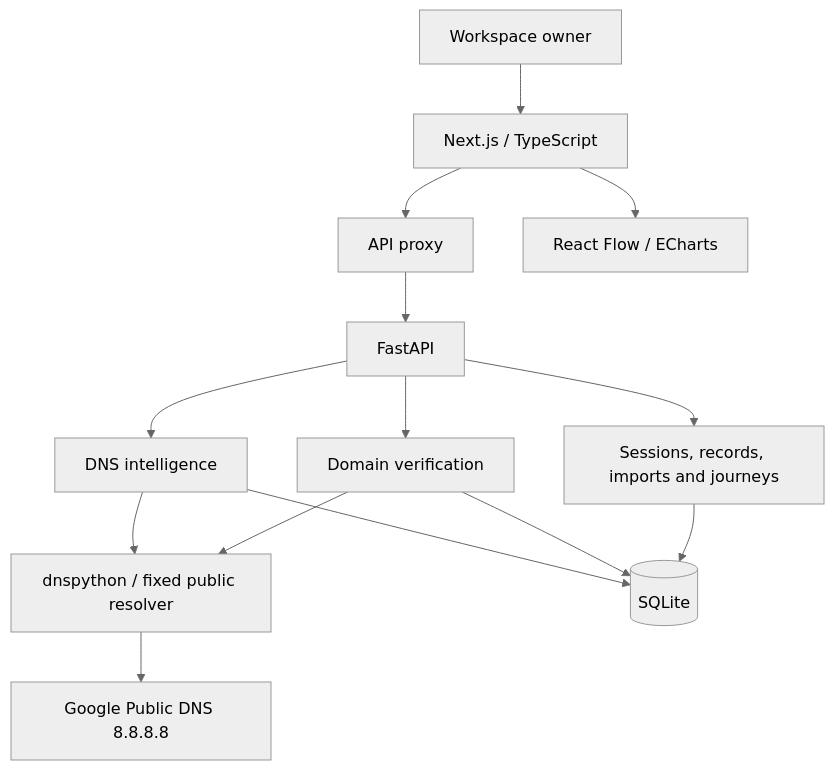
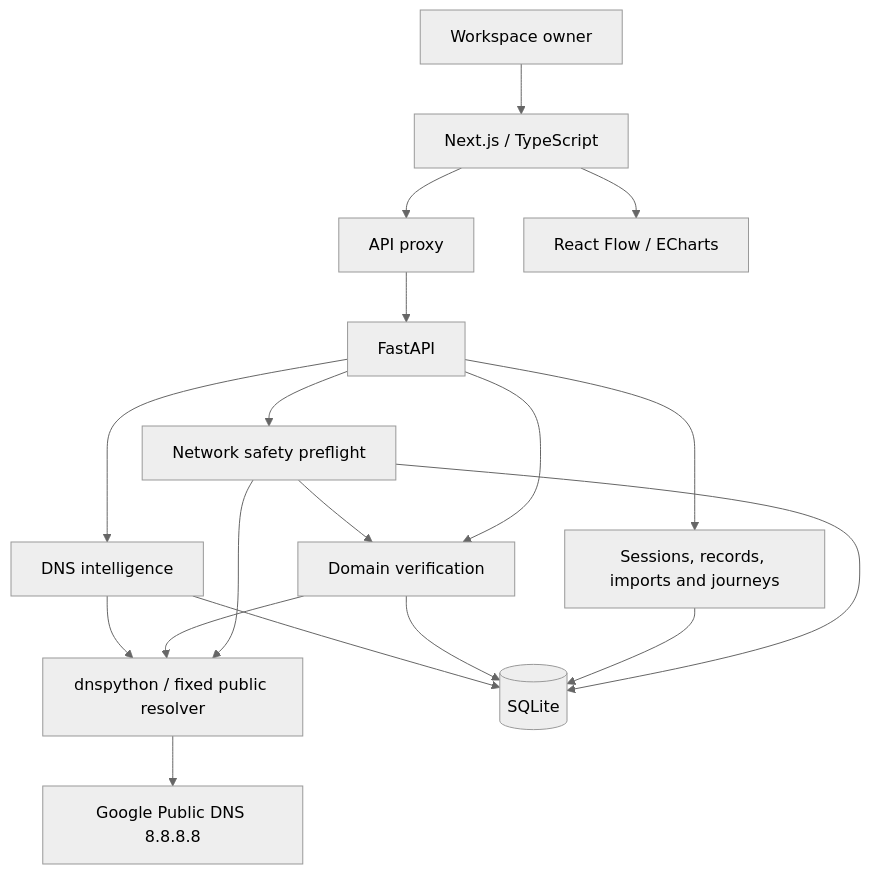
Before and after one commit to milandevs006/ghostlead: the diagram in README.md, drawn with Mermaid (neutral theme). The commit also changed other lines of this file and 28 other files, not shown here.

Commit message:
feat: implement network safety preflight and official branding

````diff
--- a/README.md
+++ b/README.md
@@ -122,16 +147,20 @@
 ```mermaid
 flowchart TD
     U[Workspace owner] --> F[Next.js / TypeScript]
     F --> P[API proxy]
     P --> B[FastAPI]
     F --> V[React Flow / ECharts]
     B --> R[Sessions, records, imports and journeys]
     B --> D[Domain verification]
     B --> I[DNS intelligence]
+    B --> N[Network safety preflight]
+    N --> D
+    N --> Q
+    N --> S
     D --> Q[dnspython / fixed public resolver]
     I --> Q
     Q --> E[Google Public DNS 8.8.8.8]
     R --> S[(SQLite)]
     D --> S
     I --> S
 ```
````
